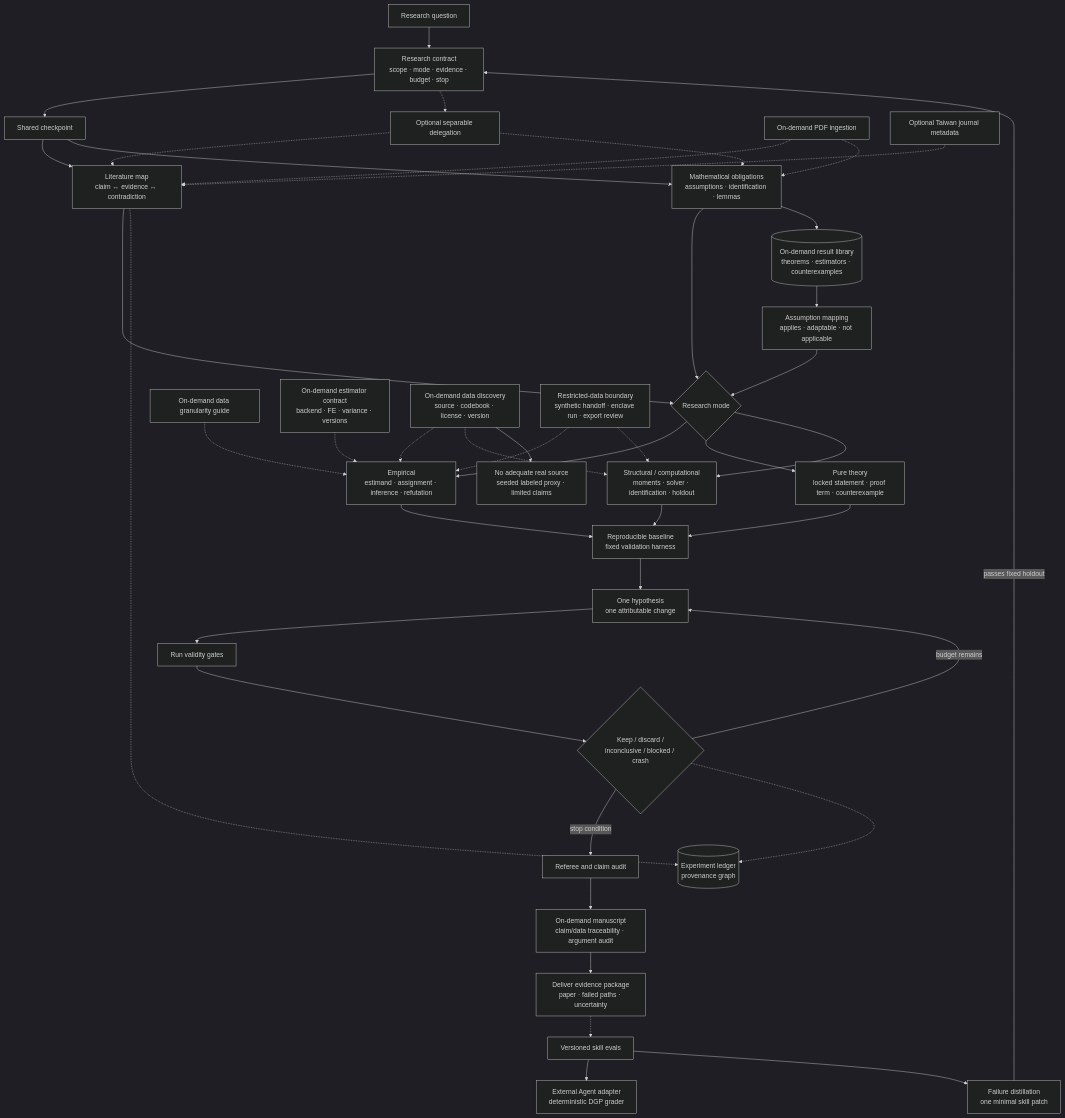
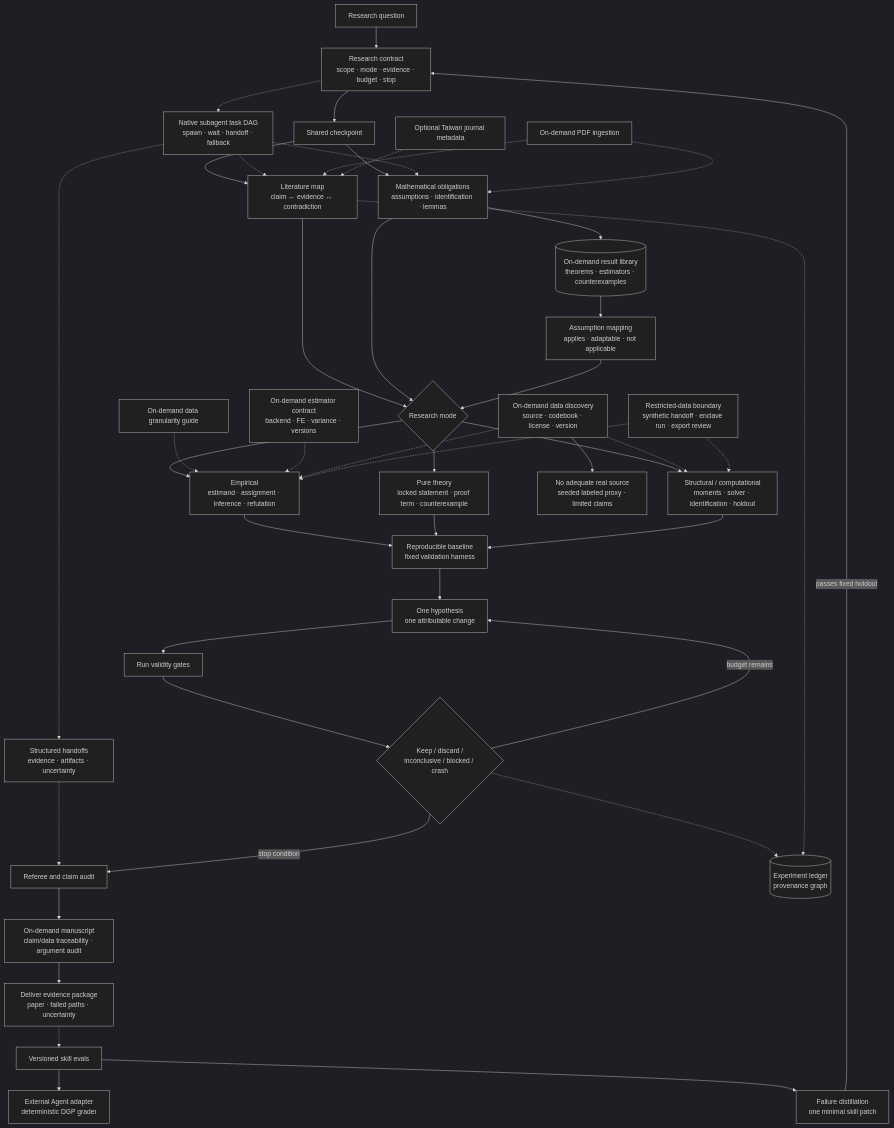
The diagram in README.md (Tohskcid/econ-research-lab), drawn with Mermaid (dark theme) before and after one commit. The commit also changed other lines of this file and 19 other files, not shown here.

````diff
--- a/README.md
+++ b/README.md
@@ -17,48 +17,50 @@
 ```mermaid
 flowchart TD
     Q[Research question] --> C[Research contract<br/>scope · mode · evidence · budget · stop]
     C --> S[Shared checkpoint]
-    C -.-> O[Optional separable delegation]
+    C -.-> O[Native subagent task DAG<br/>spawn · wait · handoff · fallback]
     S --> L[Literature map<br/>claim ↔ evidence ↔ contradiction]
     S --> M[Mathematical obligations<br/>assumptions · identification · lemmas]
     O -.-> L
     O -.-> M
+    O -.-> HO[Structured handoffs<br/>evidence · artifacts · uncertainty]
+    HO -.-> A
     L --> R{Research mode}
     M --> R
     M --> LIB[(On-demand result library<br/>theorems · estimators · counterexamples)]
     LIB --> MAP[Assumption mapping<br/>applies · adaptable · not applicable]
     MAP --> R
 
     R --> E[Empirical<br/>estimand · assignment · inference · refutation]
     R --> T[Pure theory<br/>locked statement · proof term · counterexample]
     R --> X[Structural / computational<br/>moments · solver · identification · holdout]
 
     PDF[On-demand PDF ingestion] -.-> L
     PDF -.-> M
     GRAN[On-demand data granularity guide] -.-> E
     EST[On-demand estimator contract<br/>backend · FE · variance · versions] -.-> E
     DATA[On-demand data discovery<br/>source · codebook · license · version] -.-> E
     DATA -.-> X
     DATA --> PROXY[No adequate real source<br/>seeded labeled proxy · limited claims]
     SAFE[Restricted-data boundary<br/>synthetic handoff · enclave run · export review] -.-> E
     SAFE -.-> X
     JR[Optional Taiwan journal metadata] -.-> L
 
     E --> B[Reproducible baseline<br/>fixed validation harness]
     T --> B
     X --> B
     B --> H[One hypothesis<br/>one attributable change]
     H --> V[Run validity gates]
     V --> K{Keep / discard /<br/>inconclusive / blocked / crash}
     K -->|budget remains| H
     K -->|stop condition| A[Referee and claim audit]
     A --> W[On-demand manuscript<br/>claim/data traceability · argument audit]
     W --> D[Deliver evidence package<br/>paper · failed paths · uncertainty]
 
     K -.-> P[(Experiment ledger<br/>provenance graph)]
     L -.-> P
     D -.-> EV[Versioned skill evals]
     EV --> DGP[External Agent adapter<br/>deterministic DGP grader]
     EV --> SE[Failure distillation<br/>one minimal skill patch]
     SE -->|passes fixed holdout| C
 ```
````
